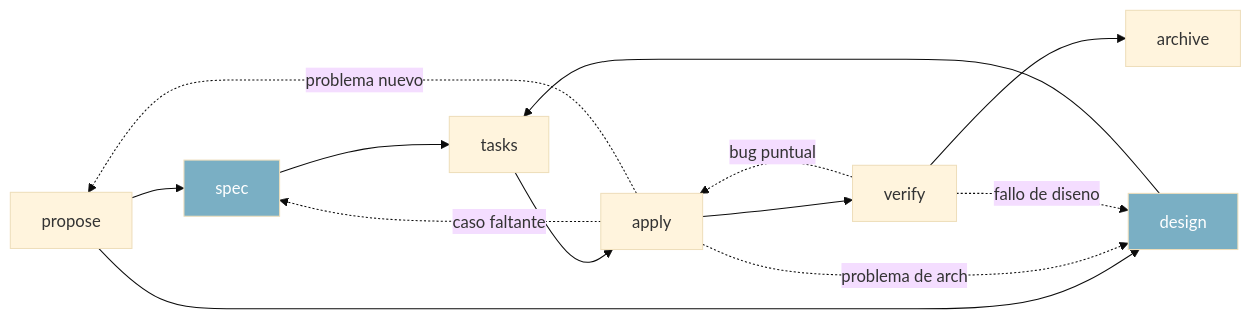
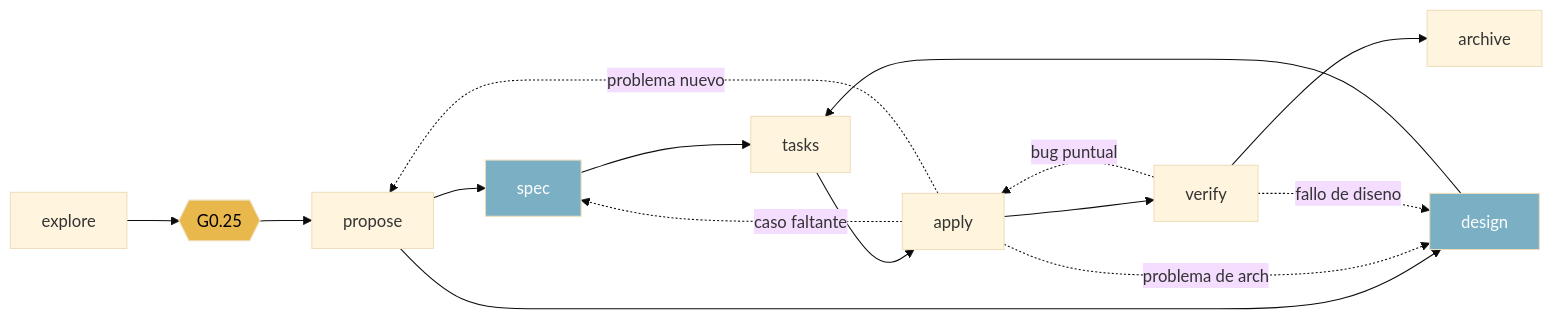
One commit to jota-batuta/batuta-dots changed the fifth of 24 diagrams in docs/architecture/arquitectura-diagrama.md. Above: the diagram before and after it, drawn with Mermaid (base theme). The commit also changed other lines of this file and 9 other files, not shown here.

````diff
--- a/docs/architecture/arquitectura-diagrama.md
+++ b/docs/architecture/arquitectura-diagrama.md
@@ -189,19 +193,20 @@
 ```mermaid
 graph LR
-    P[propose] --> S[spec]
+    E[explore] --> G025{{"G0.25"}} --> P[propose] --> S[spec]
     P --> D[design]
     S --> T[tasks]
     D --> T
     T --> A[apply]
     A --> V[verify]
     V --> AR[archive]
 
     A -.->|"caso faltante"| S
     A -.->|"problema de arch"| D
     A -.->|"problema nuevo"| P
     V -.->|"fallo de diseno"| D
     V -.->|"bug puntual"| A
 
     style S fill:#7AAFC4,color:#fff
     style D fill:#7AAFC4,color:#fff
+    style G025 fill:#E8B84D,color:#000
 ```
````
